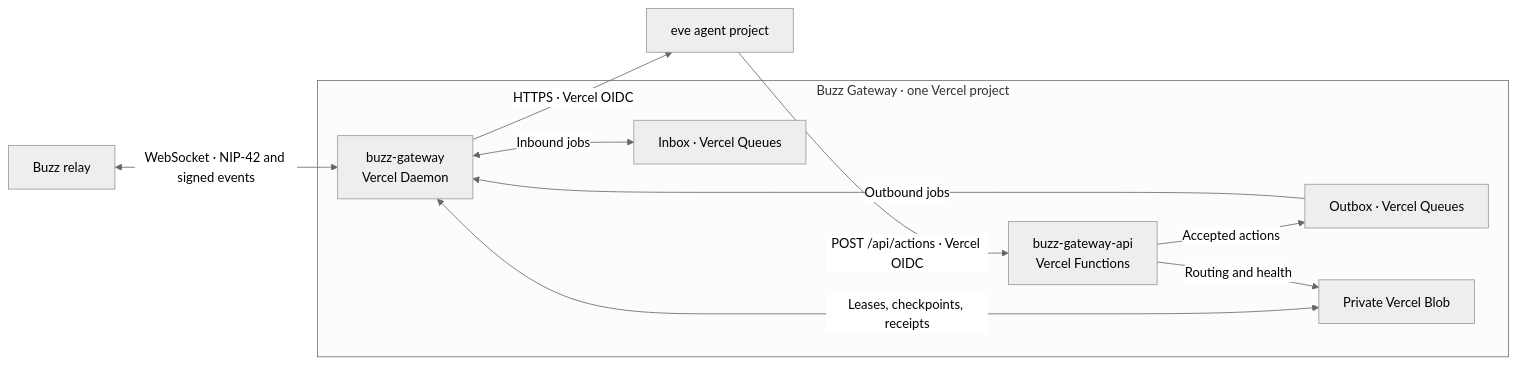
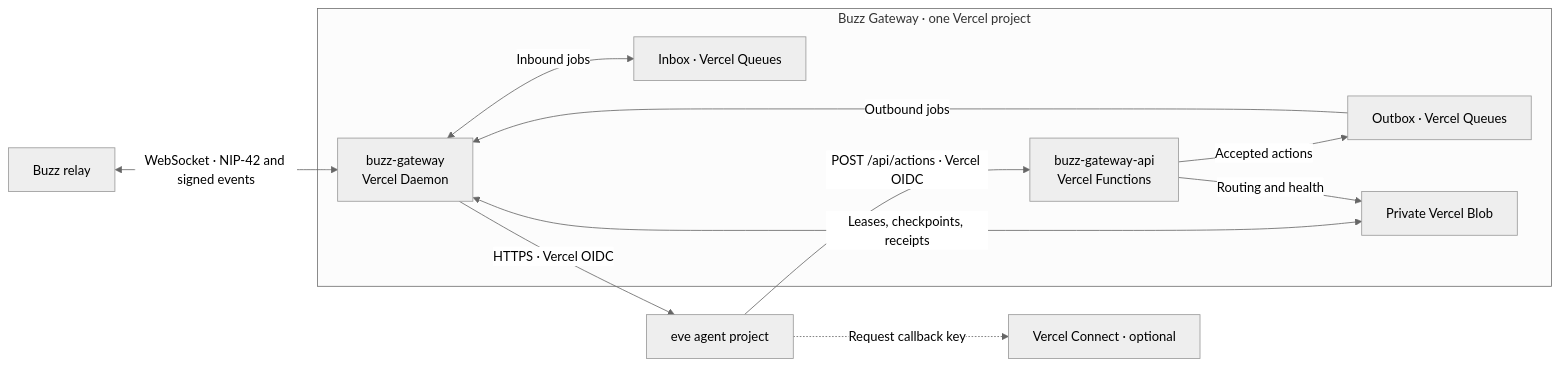
Before and after one commit to pacecar-ai/buzz-gateway: the diagram in README.md, drawn with Mermaid (neutral theme). The commit also changed other lines of this file and 6 other files, not shown here.

Commit message:
Support Vercel Connect credentials for Buzz actions

````diff
--- a/README.md
+++ b/README.md
@@ -9,20 +9,22 @@
 ```mermaid
 flowchart LR
     Buzz["Buzz relay"]
     Eve["eve agent project"]
+    Connect["Vercel Connect · optional"]
     subgraph Gateway["Buzz Gateway · one Vercel project"]
         Daemon["buzz-gateway<br/>Vercel Daemon"]
         API["buzz-gateway-api<br/>Vercel Functions"]
         Inbox["Inbox · Vercel Queues"]
         Outbox["Outbox · Vercel Queues"]
         Blob["Private Vercel Blob"]
         Daemon <-->|"Inbound jobs"| Inbox
         API -->|"Accepted actions"| Outbox
         Outbox -->|"Outbound jobs"| Daemon
         Daemon <-->|"Leases, checkpoints, receipts"| Blob
         API -->|"Routing and health"| Blob
     end
     Buzz <-->|"WebSocket · NIP-42 and signed events"| Daemon
     Daemon -->|"HTTPS · Vercel OIDC"| Eve
     Eve -->|"POST /api/actions · Vercel OIDC"| API
+    Eve -.->|"Request callback key"| Connect
 ```
````
